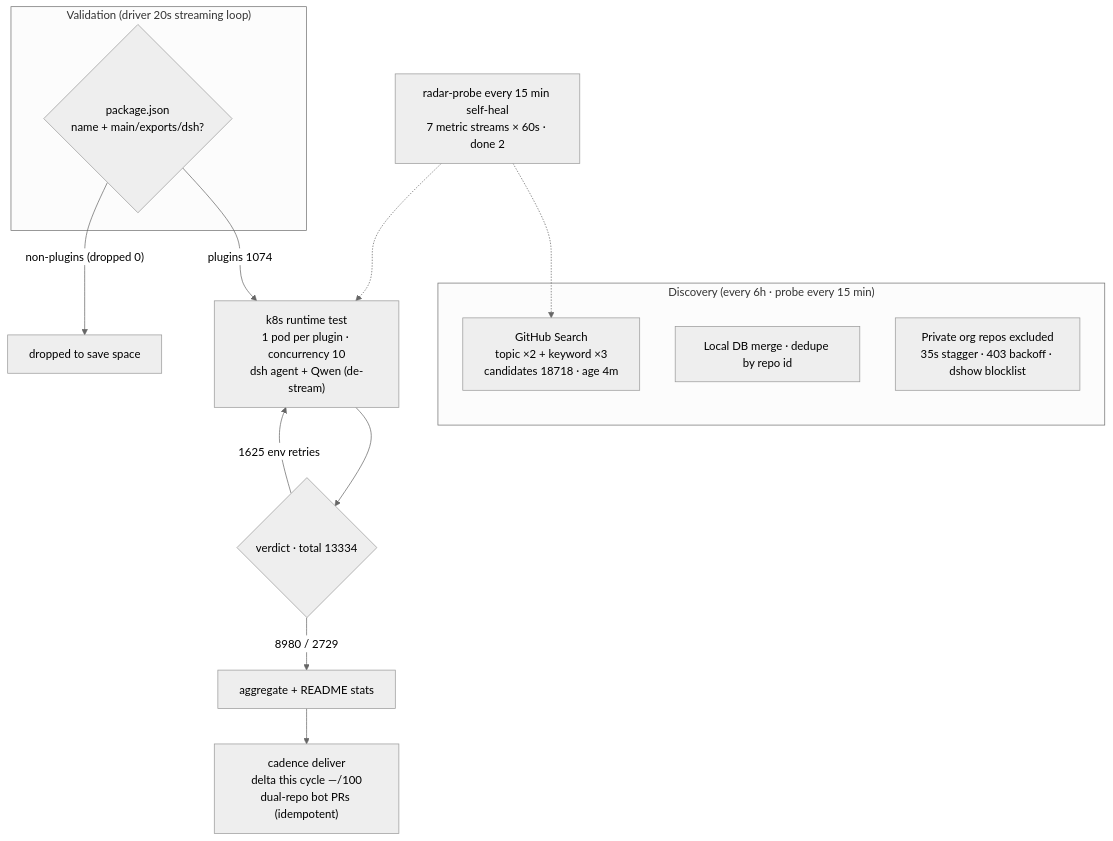
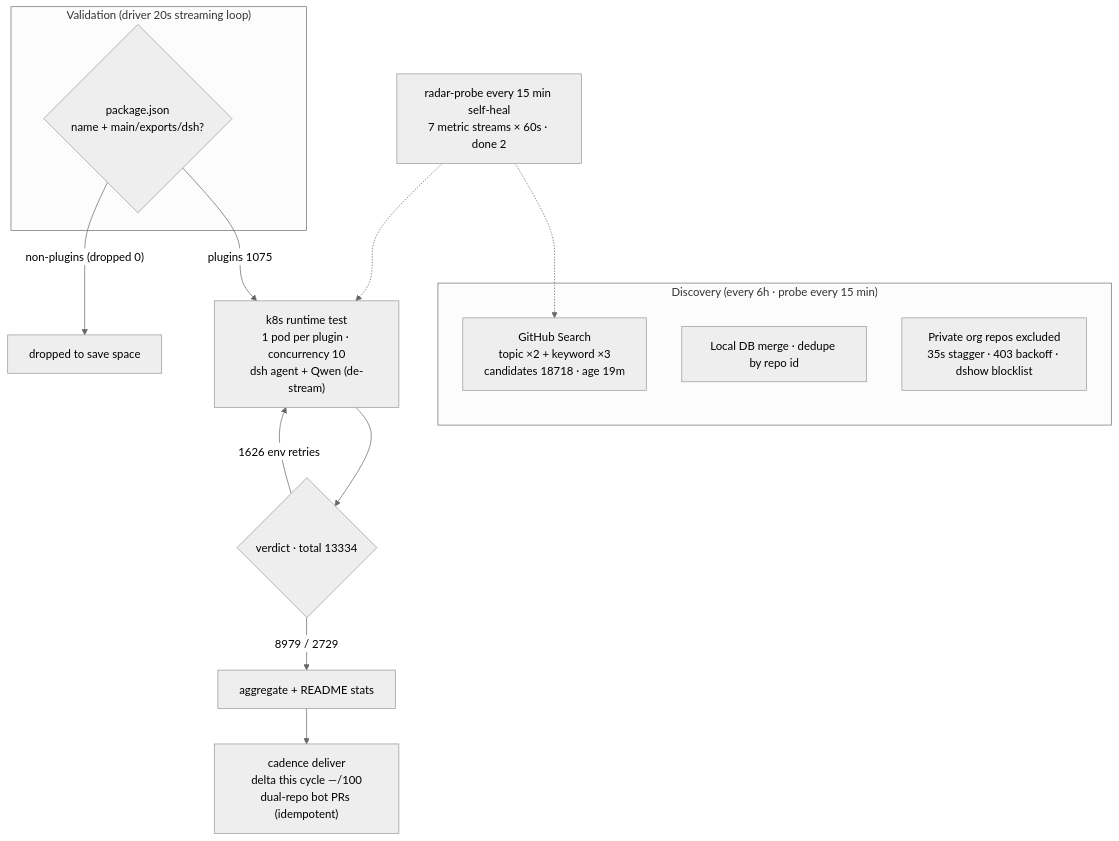
Before and after one commit to AdamPlatin123/dsh-plugin-radar: the diagram in README.en-US.md, drawn with Mermaid (neutral theme). The commit also changed other lines of this file and 6 other files, not shown here.

````diff
--- a/README.en-US.md
+++ b/README.en-US.md
@@ -45,20 +45,20 @@
 ```mermaid
 flowchart TB
     subgraph Discovery["Discovery (every 6h · probe every 15 min)"]
-        A1["GitHub Search<br/>topic ×2 + keyword ×3<br/>candidates 18718 · age 4m"]
+        A1["GitHub Search<br/>topic ×2 + keyword ×3<br/>candidates 18718 · age 19m"]
         A2["Local DB merge · dedupe by repo id"]
         A3["Private org repos excluded<br/>35s stagger · 403 backoff · dshow blocklist"]
     end
     subgraph Validation["Validation (driver 20s streaming loop)"]
         B1{"package.json<br/>name + main/exports/dsh?"}
     end
-    B1 -->|"plugins 1074"| C1["k8s runtime test<br/>1 pod per plugin · concurrency 10<br/>dsh agent + Qwen (de-stream)"]
+    B1 -->|"plugins 1075"| C1["k8s runtime test<br/>1 pod per plugin · concurrency 10<br/>dsh agent + Qwen (de-stream)"]
     B1 -->|"non-plugins (dropped 0)"| B3["dropped to save space"]
     C1 --> D1{"verdict · total 13334"}
-    D1 -->|"8980 / 2729"| E1["aggregate + README stats"]
-    D1 -->|"1625 env retries"| C1
+    D1 -->|"8979 / 2729"| E1["aggregate + README stats"]
+    D1 -->|"1626 env retries"| C1
     E1 --> E2["cadence deliver<br/>delta this cycle —/100<br/>dual-repo bot PRs (idempotent)"]
     M["radar-probe every 15 min self-heal<br/>7 metric streams × 60s · done 2"]
     M -.-> A1
     M -.-> C1
 ```
````
